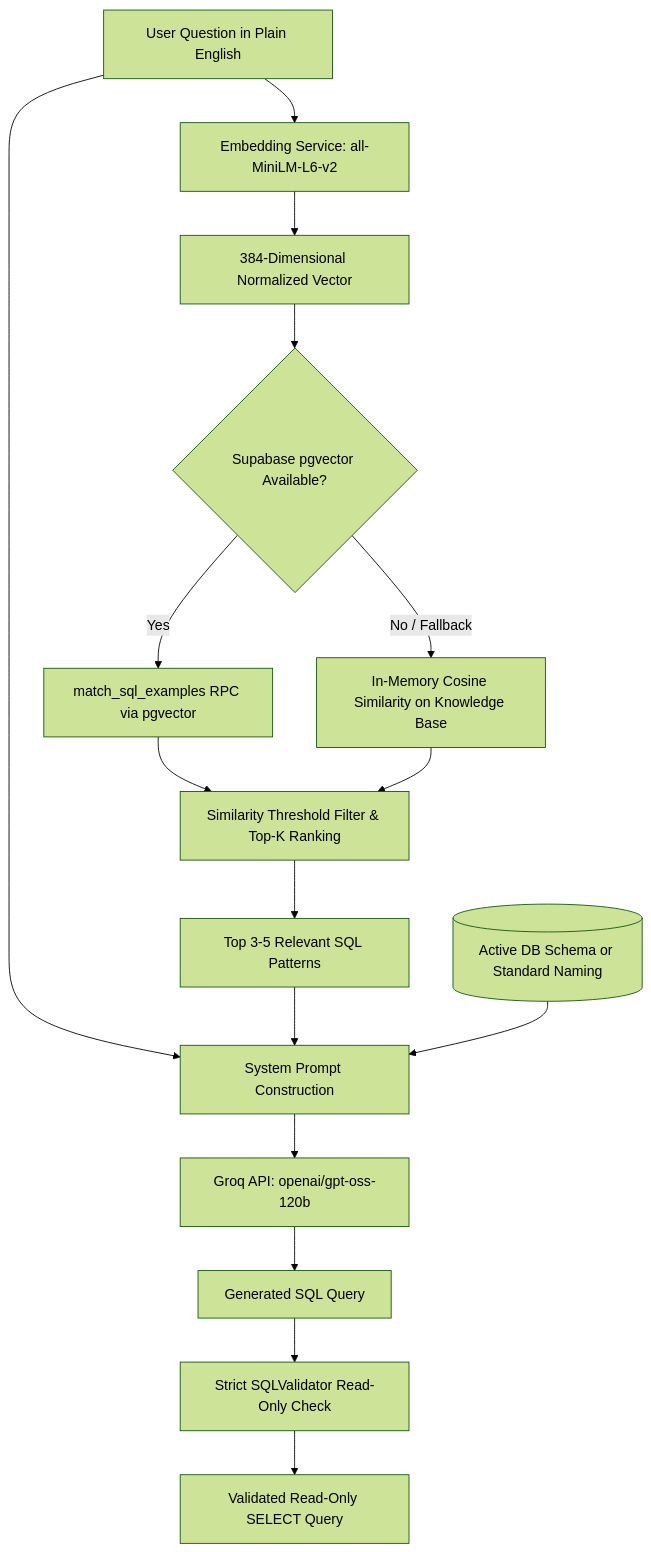
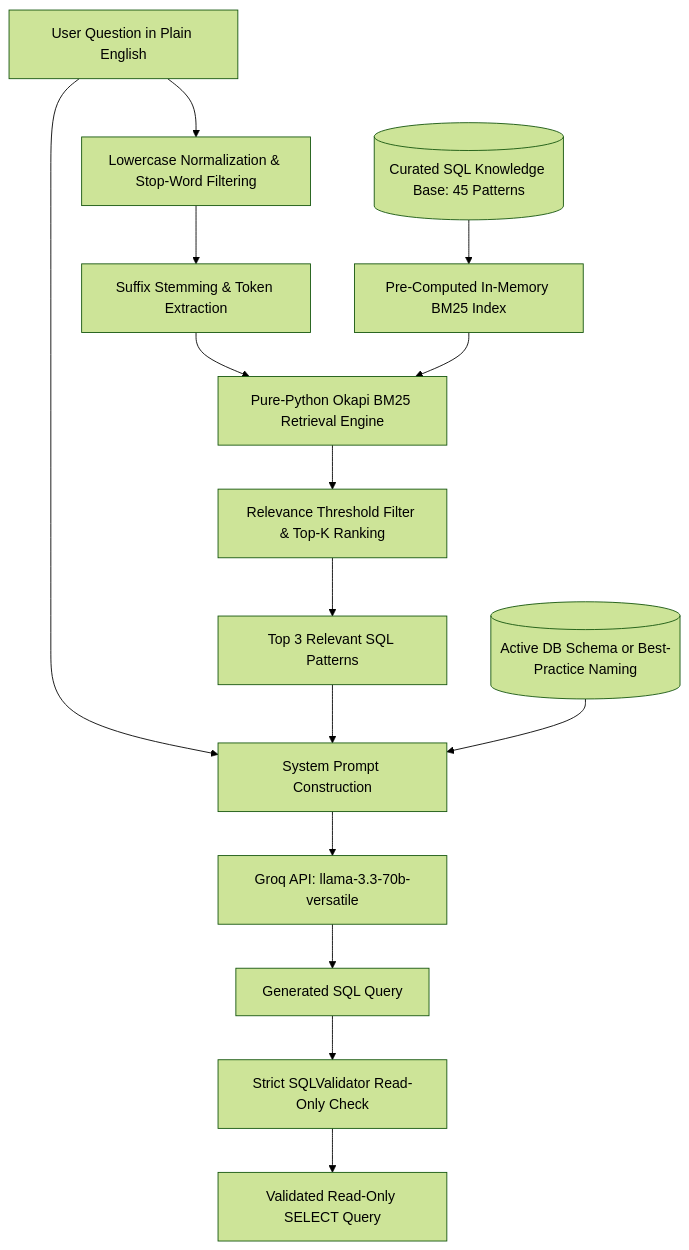
The diagram in docs/rag_architecture.md (hackwithprem/SQL-Query-Generator), drawn with Mermaid (forest theme) before and after one commit. The commit also changed other lines of this file and 6 other files, not shown here.

````diff
--- a/docs/rag_architecture.md
+++ b/docs/rag_architecture.md
@@ -9,23 +11,21 @@
 ```mermaid
 graph TD
-    UserQuestion[User Question in Plain English] --> Embed[Embedding Service: all-MiniLM-L6-v2]
-    Embed --> Vec[384-Dimensional Normalized Vector]
+    UserQuestion[User Question in Plain English] --> Tokenizer[Lowercase Normalization & Stop-Word Filtering]
+    Tokenizer --> Stemmer[Suffix Stemming & Token Extraction]
+    Stemmer --> BM25Engine[Pure-Python Okapi BM25 Retrieval Engine]
     
-    Vec --> SupaCheck{Supabase pgvector Available?}
-    SupaCheck -->|Yes| SupaRPC[match_sql_examples RPC via pgvector]
-    SupaCheck -->|No / Fallback| LocalVec[In-Memory Cosine Similarity on Knowledge Base]
+    KB[(Curated SQL Knowledge Base: 45 Patterns)] --> Index[Pre-Computed In-Memory BM25 Index]
+    Index --> BM25Engine
     
-    SupaRPC --> Filter[Similarity Threshold Filter & Top-K Ranking]
-    LocalVec --> Filter
-    
-    Filter --> Retrieved[Top 3-5 Relevant SQL Patterns]
+    BM25Engine --> Filter[Relevance Threshold Filter & Top-K Ranking]
+    Filter --> Retrieved[Top 3 Relevant SQL Patterns]
     
     UserQuestion --> PromptBuilder[System Prompt Construction]
     Retrieved --> PromptBuilder
-    Schema[(Active DB Schema or Standard Naming)] --> PromptBuilder
+    Schema[(Active DB Schema or Best-Practice Naming)] --> PromptBuilder
     
-    PromptBuilder --> Groq[Groq API: openai/gpt-oss-120b]
+    PromptBuilder --> Groq[Groq API: llama-3.3-70b-versatile]
     Groq --> RawSQL[Generated SQL Query]
     RawSQL --> Validator[Strict SQLValidator Read-Only Check]
     Validator --> SafeSQL[Validated Read-Only SELECT Query]
 ```
````
